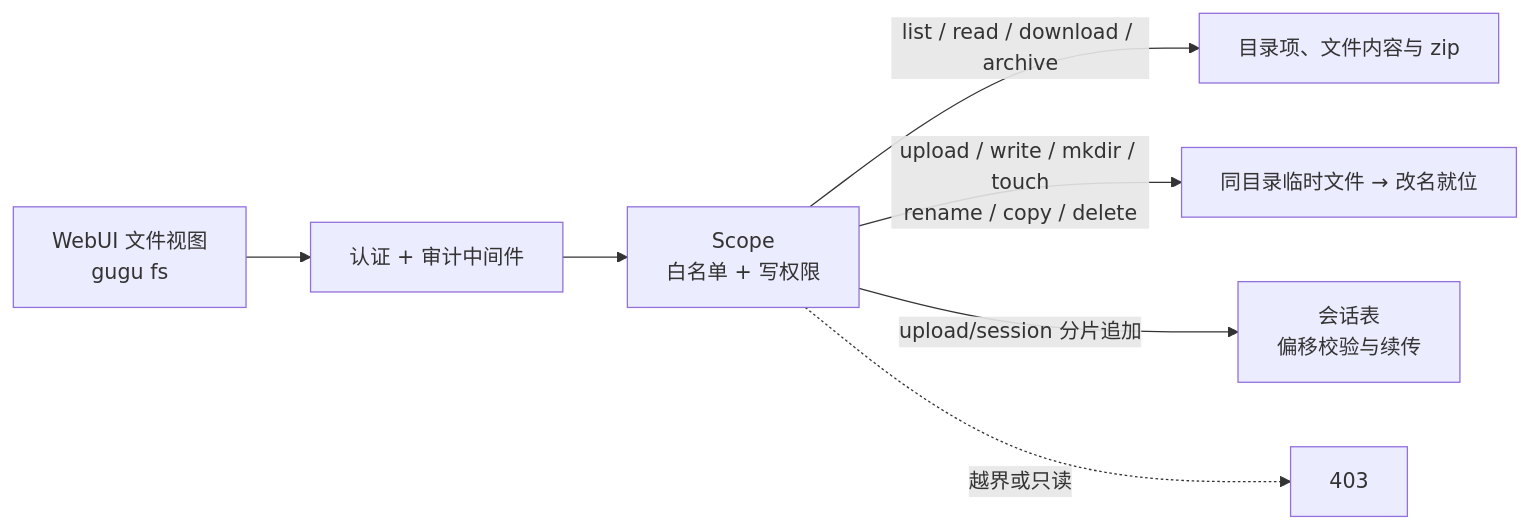
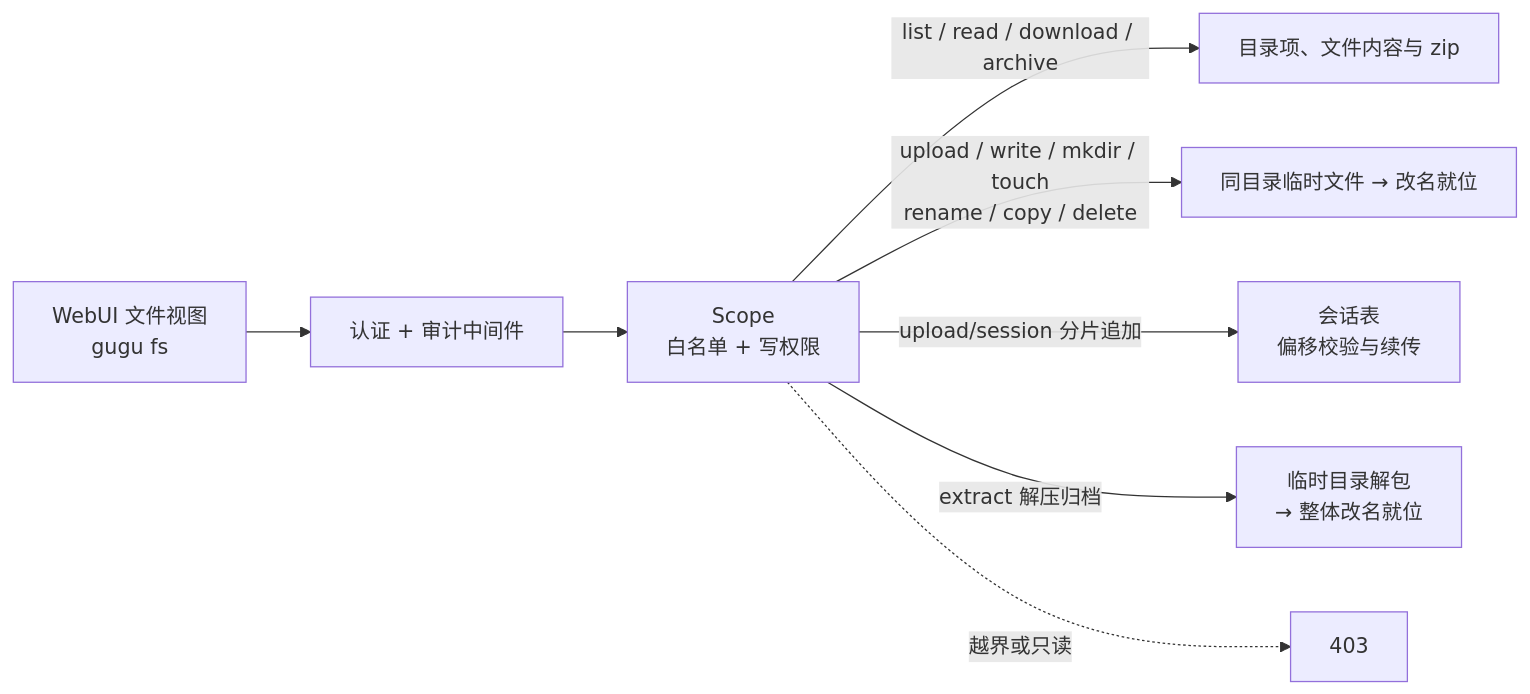
Before and after one commit to hongweifei/gugu-guard: the first of 2 diagrams in README.md, drawn with Mermaid. The commit also changed other lines of this file and 13 other files, not shown here.

````diff
--- a/README.md
+++ b/README.md
@@ -490,9 +492,10 @@
 ```mermaid
 flowchart LR
     U["WebUI 文件视图<br/>gugu fs"] --> A["认证 + 审计中间件"]
     A --> S["Scope<br/>白名单 + 写权限"]
     S -->|"list / read / download / archive"| R["目录项、文件内容与 zip"]
     S -->|"upload / write / mkdir / touch<br/>rename / copy / delete"| W["同目录临时文件 → 改名就位"]
     S -->|"upload/session 分片追加"| C["会话表<br/>偏移校验与续传"]
+    S -->|"extract 解压归档"| X["临时目录解包<br/>→ 整体改名就位"]
     S -.->|"越界或只读"| D["403"]
 ```
````
